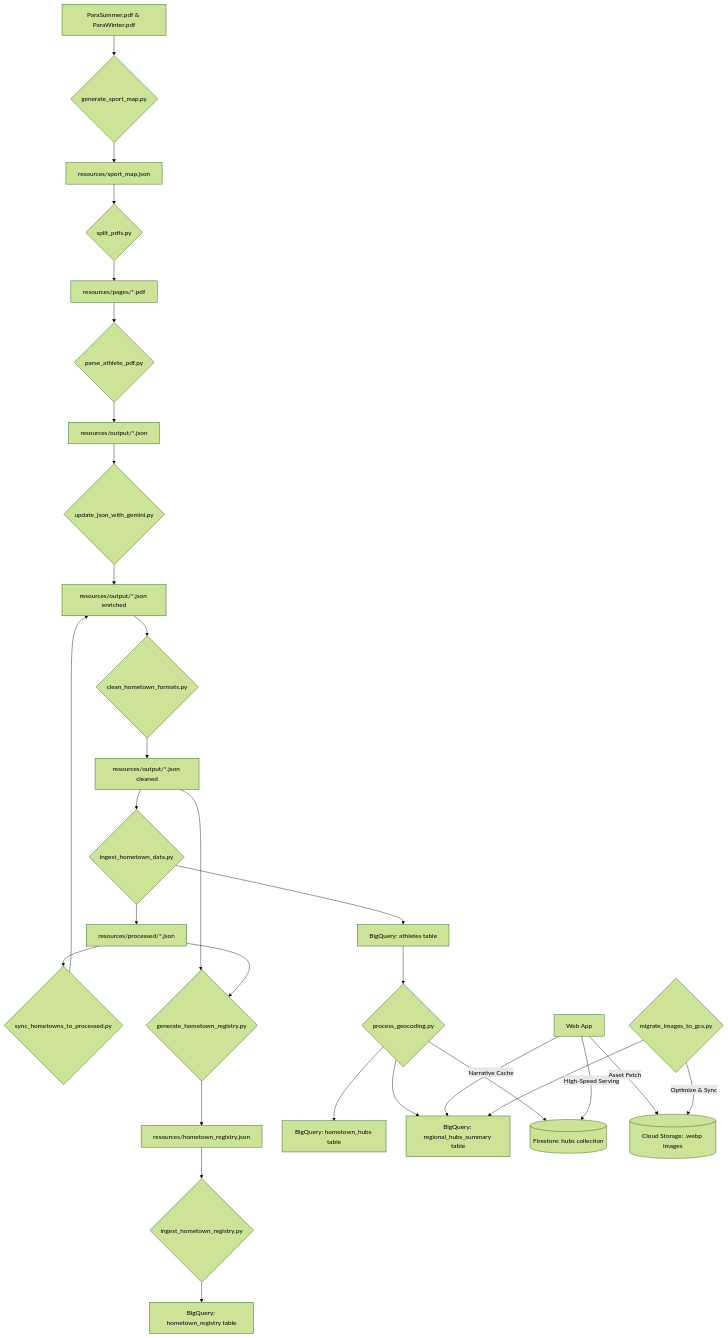
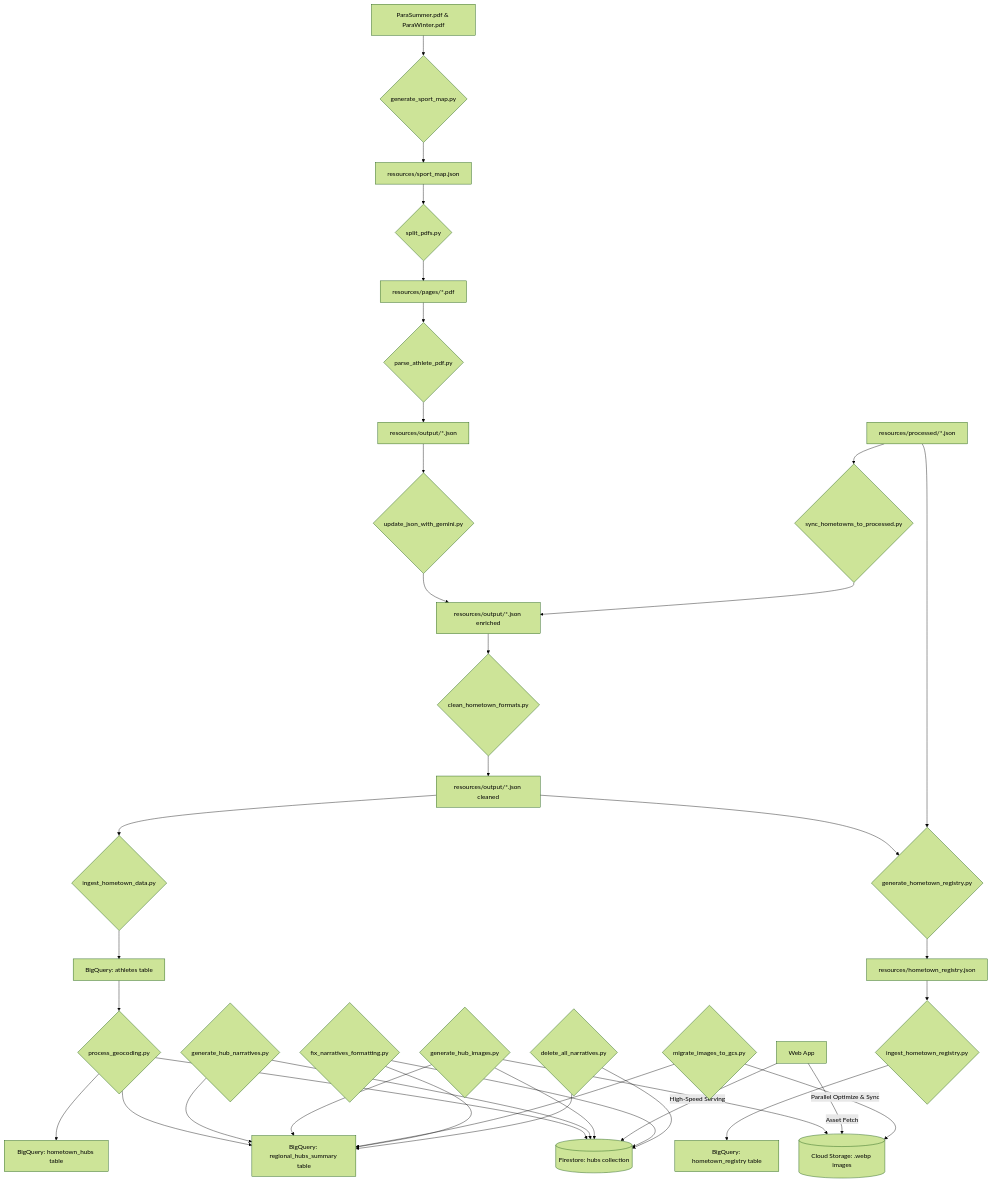
The diagram in scripts/README.md (kwsang/hometown-heroes), drawn with Mermaid (forest theme) before and after one commit. The commit also changed 8 other files, not shown here.

````diff
--- a/scripts/README.md
+++ b/scripts/README.md
@@ -13,29 +13,36 @@
 ```mermaid
 graph TD
     A[ParaSummer.pdf & ParaWinter.pdf] --> B{generate_sport_map.py};
     B --> C[resources/sport_map.json];
     C --> D{split_pdfs.py};
     D --> E[resources/pages/*.pdf];
     E --> F{parse_athlete_pdf.py};
     F --> G[resources/output/*.json];
     G --> H{update_json_with_gemini.py} --> I[resources/output/*.json enriched];
     M[resources/processed/*.json] --> J{sync_hometowns_to_processed.py};
     J --> I;
     I --> U{clean_hometown_formats.py} --> V[resources/output/*.json cleaned];
     V --> K{ingest_hometown_data.py};
     V --> Q{generate_hometown_registry.py};
     M --> Q;
     Q --> R[resources/hometown_registry.json] --> S{ingest_hometown_registry.py};
     S --> T[BigQuery: hometown_registry table];
     K --> L[BigQuery: athletes table];
-    K --> M[resources/processed/*.json];
     L --> N{process_geocoding.py};
     N --> O[BigQuery: hometown_hubs table];
     N --> P[BigQuery: regional_hubs_summary table];
     N --> FS[(Firestore: hubs collection)];
+    GHN{generate_hub_narratives.py} --> P;
+    GHN --> FS;
+    GHI{generate_hub_images.py} --> P;
+    GHI --> FS;
+    GHI --> GCS[(Cloud Storage: .webp images)];
     W[Web App] -- "High-Speed Serving" --> FS;
-    W -- "Narrative Cache" --> P;
-    W -- "Asset Fetch" --> GCS[(Cloud Storage: .webp images)];
-    MIG{migrate_images_to_gcs.py} -- "Optimize & Sync" --> GCS;
+    W -- "Asset Fetch" --> GCS;
+    MIG{migrate_images_to_gcs.py} -- "Parallel Optimize & Sync" --> GCS;
     MIG --> P;
+    FIX{fix_narratives_formatting.py} --> P;
+    FIX --> FS;
+    DEL{delete_all_narratives.py} --> P;
+    DEL --> FS;
 ```
````
